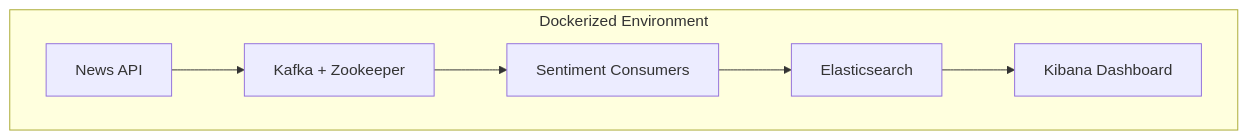
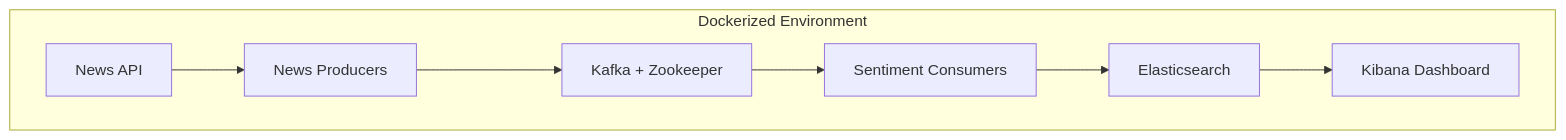
Before and after one commit to MehdiJabir/Trump_news_Sentiment_BERT: the diagram in README.md, drawn with Mermaid. The commit also changed other lines of this file and 12 other files, not shown here.

````diff
--- a/README.md
+++ b/README.md
@@ -24,14 +24,15 @@
 ```mermaid
 graph TD
-A[News API] --> B[Kafka + Zookeeper]
-B --> C[Sentiment Consumers]
-C --> D[Elasticsearch]
-D --> E[Kibana Dashboard]
+A[News API] --> B[News Producers] ---> C[Kafka + Zookeeper]
+C --> D[Sentiment Consumers]
+D --> E[Elasticsearch]
+E --> F[Kibana Dashboard]
 subgraph Dockerized Environment
 A
 B
 C
 D
 E
+F
 end
 ```
````
